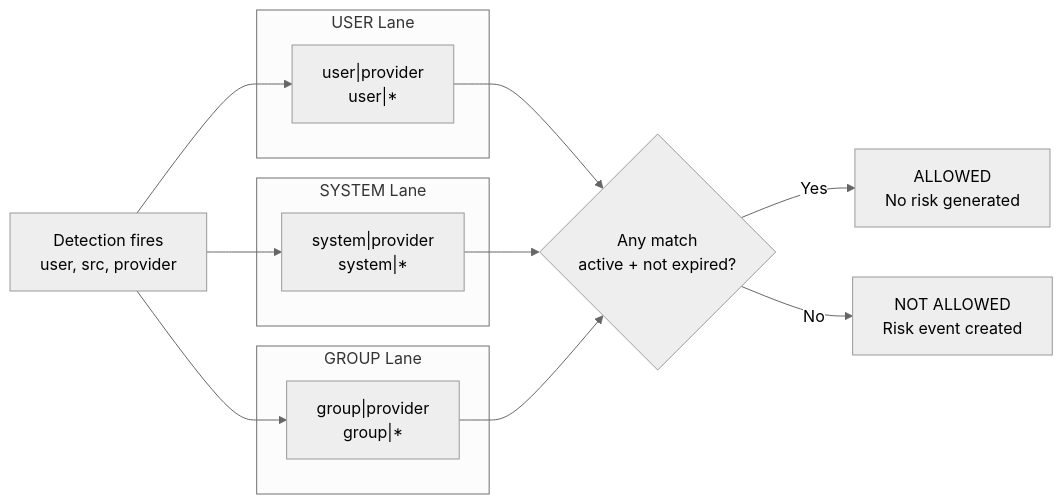
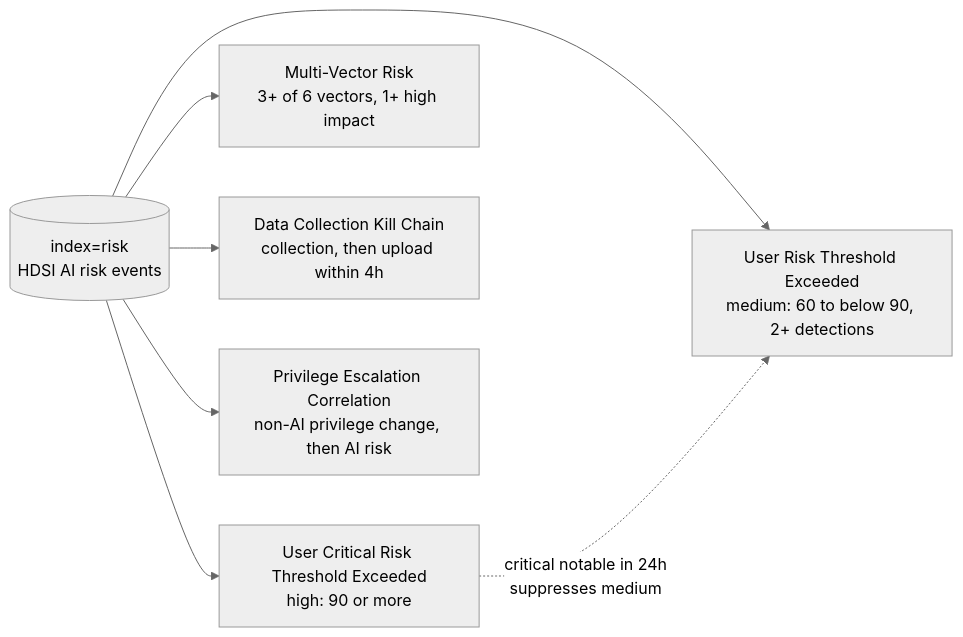
One commit to cybermock/ai-detections changed the third of 4 diagrams in docs/ARCHITECTURE.md. Above: the diagram before and after it, drawn with Mermaid (neutral theme). The commit also changed other lines of this file and 332 other files, not shown here.

````diff
--- a/docs/ARCHITECTURE.md
+++ b/docs/ARCHITECTURE.md
@@ -168,25 +238,10 @@
 ```mermaid
 flowchart LR
-    START["Detection fires<br/>user, src, provider"]
-
-    subgraph "USER Lane"
-        U["user|provider<br/>user|*"]
-    end
-
-    subgraph "SYSTEM Lane"
-        S["system|provider<br/>system|*"]
-    end
-
-    subgraph "GROUP Lane"
-        G["group|provider<br/>group|*"]
-    end
-
-    CHECK{"Any match<br/>active + not expired?"}
-    ALLOW["ALLOWED<br/>No risk generated"]
-    DENY["NOT ALLOWED<br/>Risk event created"]
-
-    START --> U & S & G
-    U & S & G --> CHECK
-    CHECK -->|"Yes"| ALLOW
-    CHECK -->|"No"| DENY
+    R[("index=risk<br/>HDSI AI risk events")]
+    R --> M["User Risk Threshold Exceeded<br/>medium: 60 to below 90, 2+ detections"]
+    R --> C["User Critical Risk Threshold Exceeded<br/>high: 90 or more"]
+    R --> V["Multi-Vector Risk<br/>3+ of 6 vectors, 1+ high impact"]
+    R --> K["Data Collection Kill Chain<br/>collection, then upload within 4h"]
+    R --> P["Privilege Escalation Correlation<br/>non-AI privilege change, then AI risk"]
+    C -. "critical notable in 24h<br/>suppresses medium" .-> M
 ```
````
